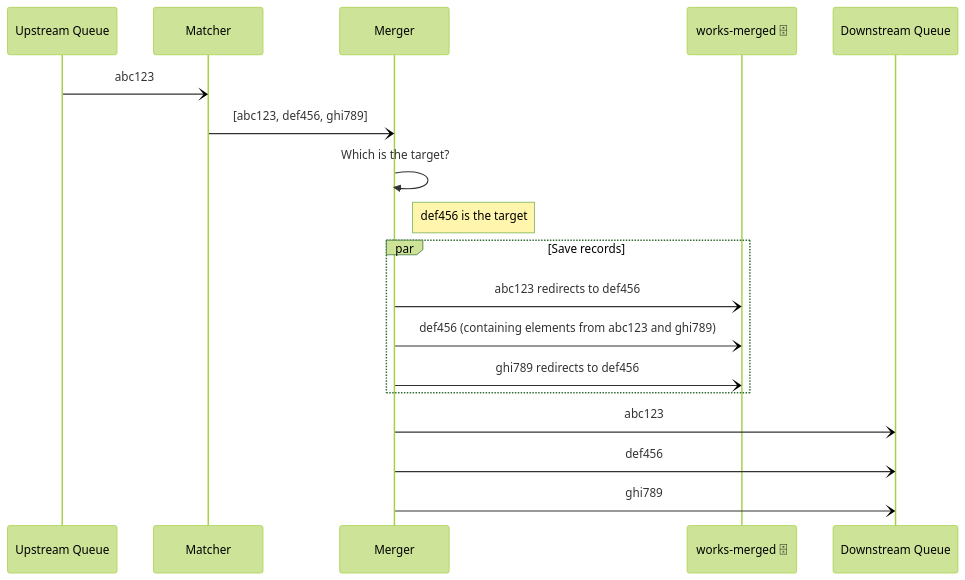
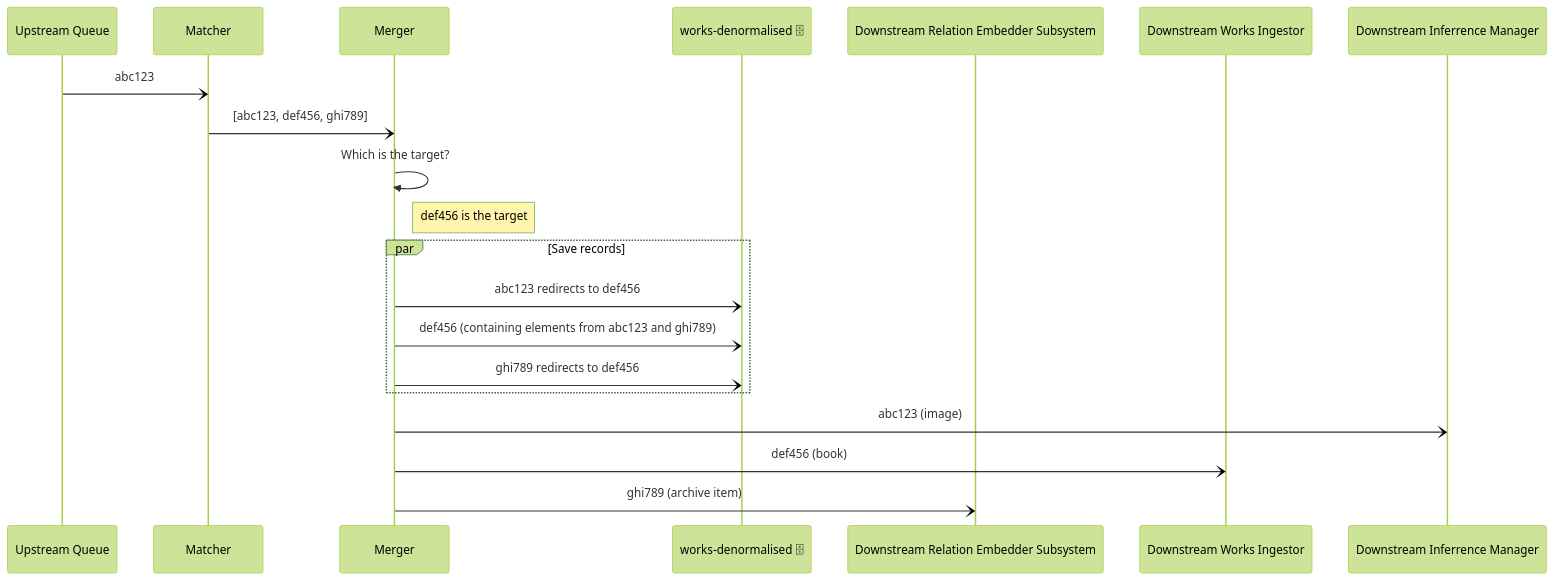
Before and after one commit to wellcomecollection/catalogue-pipeline: the diagram in pipeline/matcher_merger/merger/README.md, drawn with Mermaid (forest theme). The commit also changed other lines of this file and 9 other files, not shown here.

````diff
--- a/pipeline/matcher_merger/merger/README.md
+++ b/pipeline/matcher_merger/merger/README.md
@@ -25,23 +28,24 @@
 ```mermaid
 sequenceDiagram
     participant Upstream Queue
     participant Matcher
     participant Merger
-    participant works-merged 🗄
-participant Downstream Queue
+    participant works-denormalised 🗄
+participant Downstream Relation Embedder Subsystem
+participant Downstream Works Ingestor
+participant Downstream Inferrence Manager
 
 Upstream Queue -) Matcher: abc123
 Matcher -) Merger: [abc123, def456, ghi789]
 Merger ->> Merger: Which is the target?
 Note right of Merger: def456 is the target
 
 par Save records
-Merger -) works-merged 🗄: abc123 redirects to def456
-Merger -) works-merged 🗄: def456 (containing elements from abc123 and ghi789)
-Merger -) works-merged 🗄: ghi789 redirects to def456
+Merger -) works-denormalised 🗄: abc123 redirects to def456
+Merger -) works-denormalised 🗄: def456 (containing elements from abc123 and ghi789)
+Merger -) works-denormalised 🗄: ghi789 redirects to def456
 end
-Merger -) Downstream Queue: abc123
-Merger -) Downstream Queue: def456
-Merger -) Downstream Queue: ghi789
-
+Merger -) Downstream Inferrence Manager: abc123 (image)
+Merger -) Downstream Works Ingestor: def456 (book)
+Merger -) Downstream Relation Embedder Subsystem: ghi789 (archive item)
 ```
````
